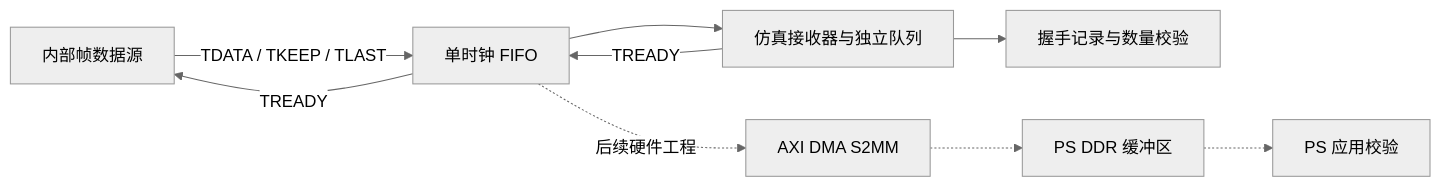
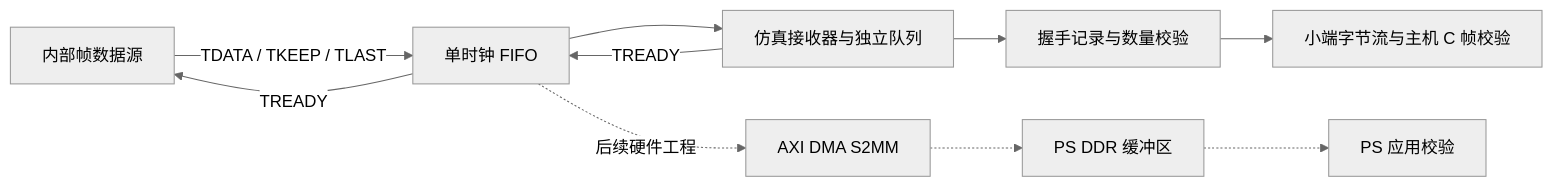
Before and after one commit to shuningzhang16/workhard: the second of 3 diagrams in docs/SYSTEMS.md, drawn with Mermaid (neutral theme). The commit also changed other lines of this file and 12 other files, not shown here.

````diff
--- a/docs/SYSTEMS.md
+++ b/docs/SYSTEMS.md
@@ -30,11 +34,12 @@
 ```mermaid
 flowchart LR
   SRC[内部帧数据源] -->|TDATA / TKEEP / TLAST| FIFO[单时钟 FIFO]
   FIFO --> SINK[仿真接收器与独立队列]
   SINK -->|TREADY| FIFO
   FIFO -->|TREADY| SRC
   SINK --> LOG[握手记录与数量校验]
+  LOG --> C[小端字节流与主机 C 帧校验]
   FIFO -. 后续硬件工程 .-> DMA[AXI DMA S2MM]
   DMA -.-> DDR[PS DDR 缓冲区]
   DDR -.-> APP[PS 应用校验]
 ```
````
